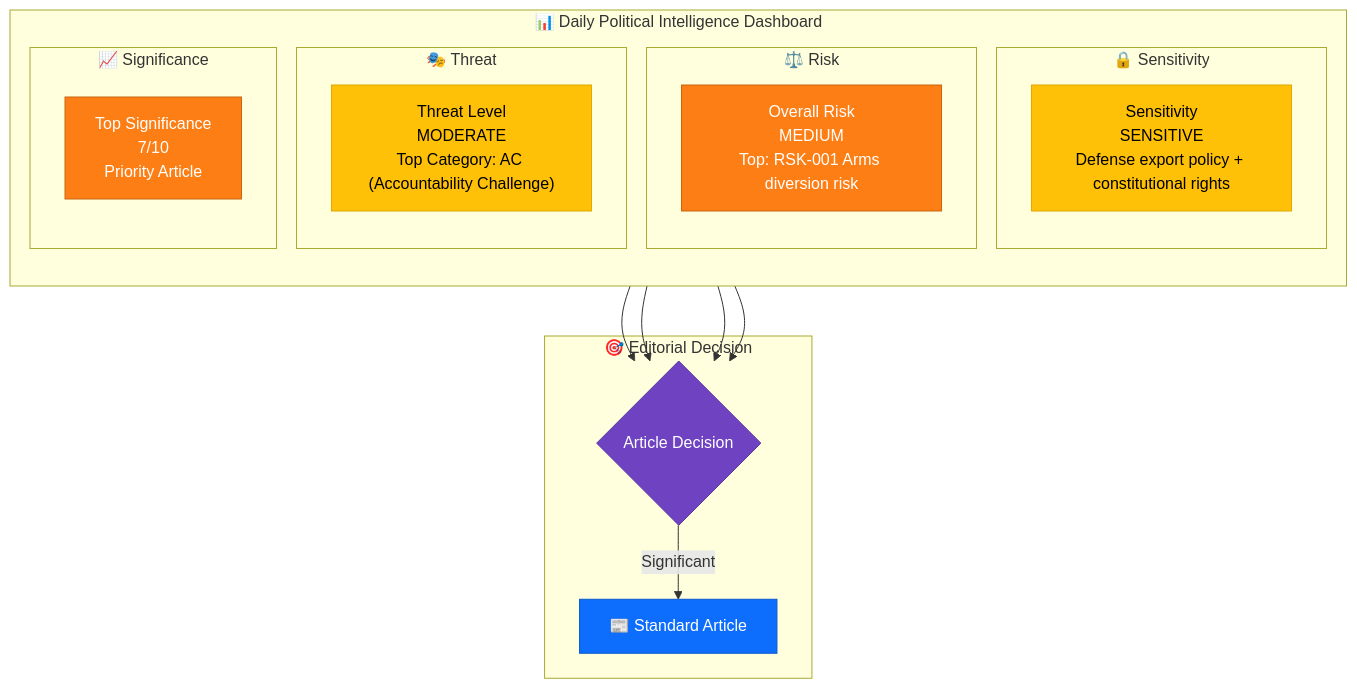
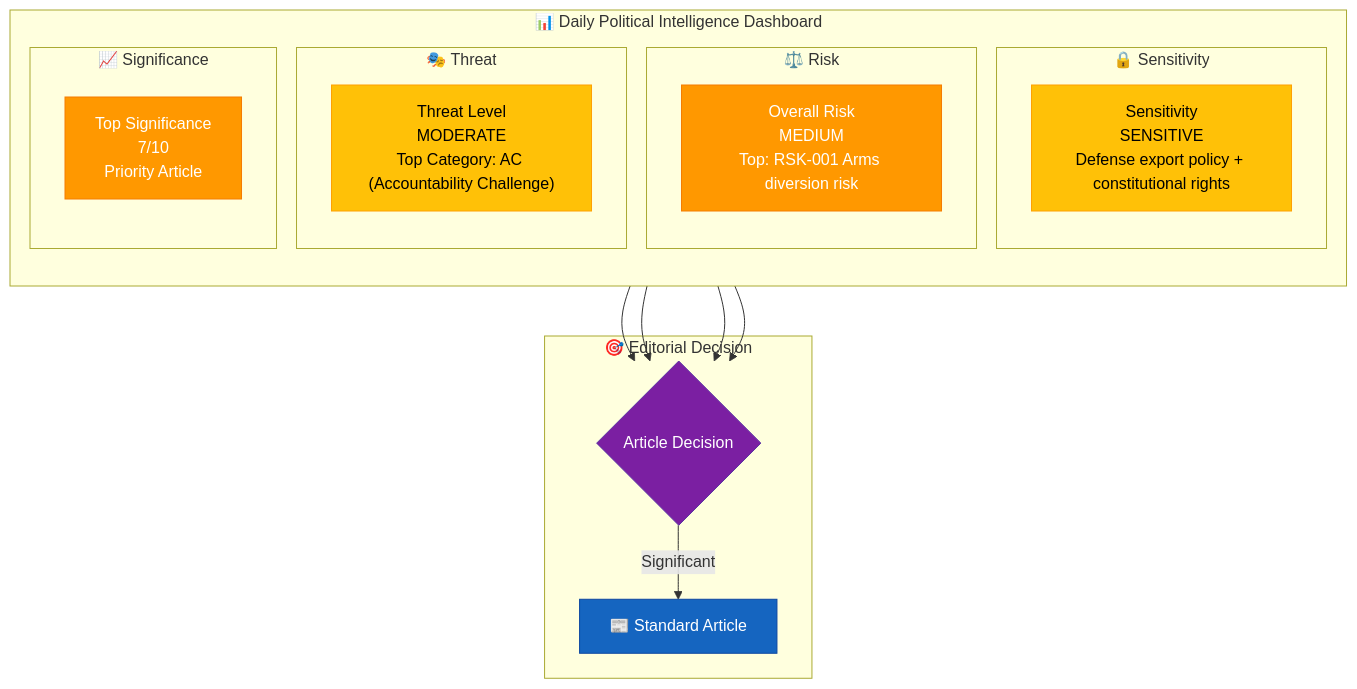
The first of 2 diagrams in analysis/daily/2026-04-07/realtime-1026/synthesis-summary.md (Hack23/riksdagsmonitor), drawn with Mermaid before and after one commit. The commit also changed other lines of this file and 785 other files, not shown here.

First line of the commit message:
Normalize mermaid colors across 786 analysis artifacts to ISMS Style Guide palette

````diff
--- a/analysis/daily/2026-04-07/realtime-1026/synthesis-summary.md
+++ b/analysis/daily/2026-04-07/realtime-1026/synthesis-summary.md
@@ -19,35 +19,35 @@
 ```mermaid
 graph TD
     subgraph "📊 Daily Political Intelligence Dashboard"
         direction TB
         subgraph "🔒 Sensitivity"
             CLS["Sensitivity<br/>SENSITIVE<br/>Defense export policy + constitutional rights"]
         end
         subgraph "⚖️ Risk"
             RSK["Overall Risk<br/>MEDIUM<br/>Top: RSK-001 Arms diversion risk"]
         end
         subgraph "🎭 Threat"
             THR["Threat Level<br/>MODERATE<br/>Top Category: AC (Accountability Challenge)"]
         end
         subgraph "📈 Significance"
             SIG["Top Significance<br/>7/10<br/>Priority Article"]
         end
     end
 
     subgraph "🎯 Editorial Decision"
         DEC{Article Decision}
         DEC -->|"Significant"| STD["📰 Standard Article"]
     end
 
     CLS --> DEC
     RSK --> DEC
     THR --> DEC
     SIG --> DEC
 
-    style CLS fill:#ffc107,stroke:#e0a800,color:#000
-    style RSK fill:#fd7e14,stroke:#ca6510,color:#fff
-    style THR fill:#ffc107,stroke:#e0a800,color:#000
-    style SIG fill:#fd7e14,stroke:#ca6510,color:#fff
-    style STD fill:#0d6efd,stroke:#0a58ca,color:#fff
-    style DEC fill:#6f42c1,stroke:#5a32a3,color:#fff
+    style CLS fill:#FFC107,stroke:#FFA000,color:#000000
+    style RSK fill:#FF9800,stroke:#F57C00,color:#FFFFFF
+    style THR fill:#FFC107,stroke:#FFA000,color:#000000
+    style SIG fill:#FF9800,stroke:#F57C00,color:#FFFFFF
+    style STD fill:#1565C0,stroke:#0D47A1,color:#FFFFFF
+    style DEC fill:#7B1FA2,stroke:#5a32a3,color:#FFFFFF
 ```
````
